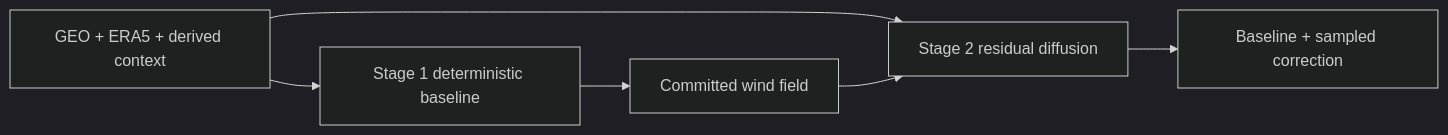
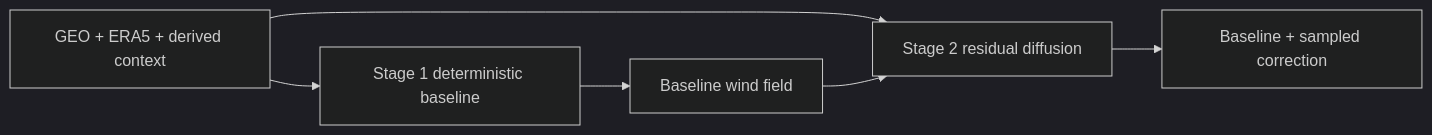
One commit to simon-donike/geo2wf changed the diagram in docs/models/index.md. Above: the diagram before and after it, drawn with Mermaid (dark theme). The commit also changed other lines of this file and 37 other files, not shown here.

````diff
--- a/docs/models/index.md
+++ b/docs/models/index.md
@@ -19,8 +20,8 @@
 ```mermaid
 flowchart LR
   C[GEO + ERA5 + derived context] --> S1[Stage 1 deterministic baseline]
-  S1 --> B[Committed wind field]
+  S1 --> B[Baseline wind field]
   C --> S2[Stage 2 residual diffusion]
   B --> S2
   S2 --> O[Baseline + sampled correction]
 ```
````
